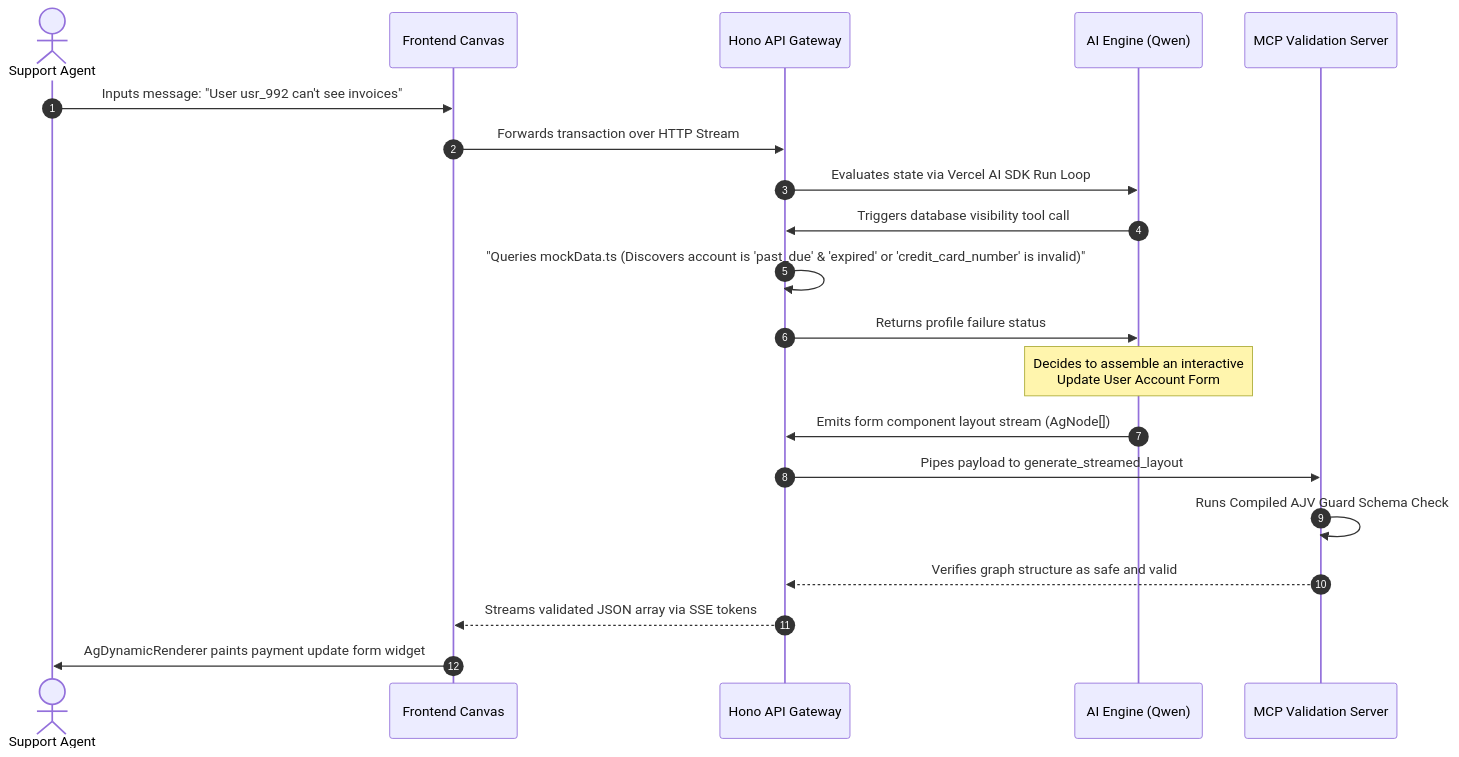
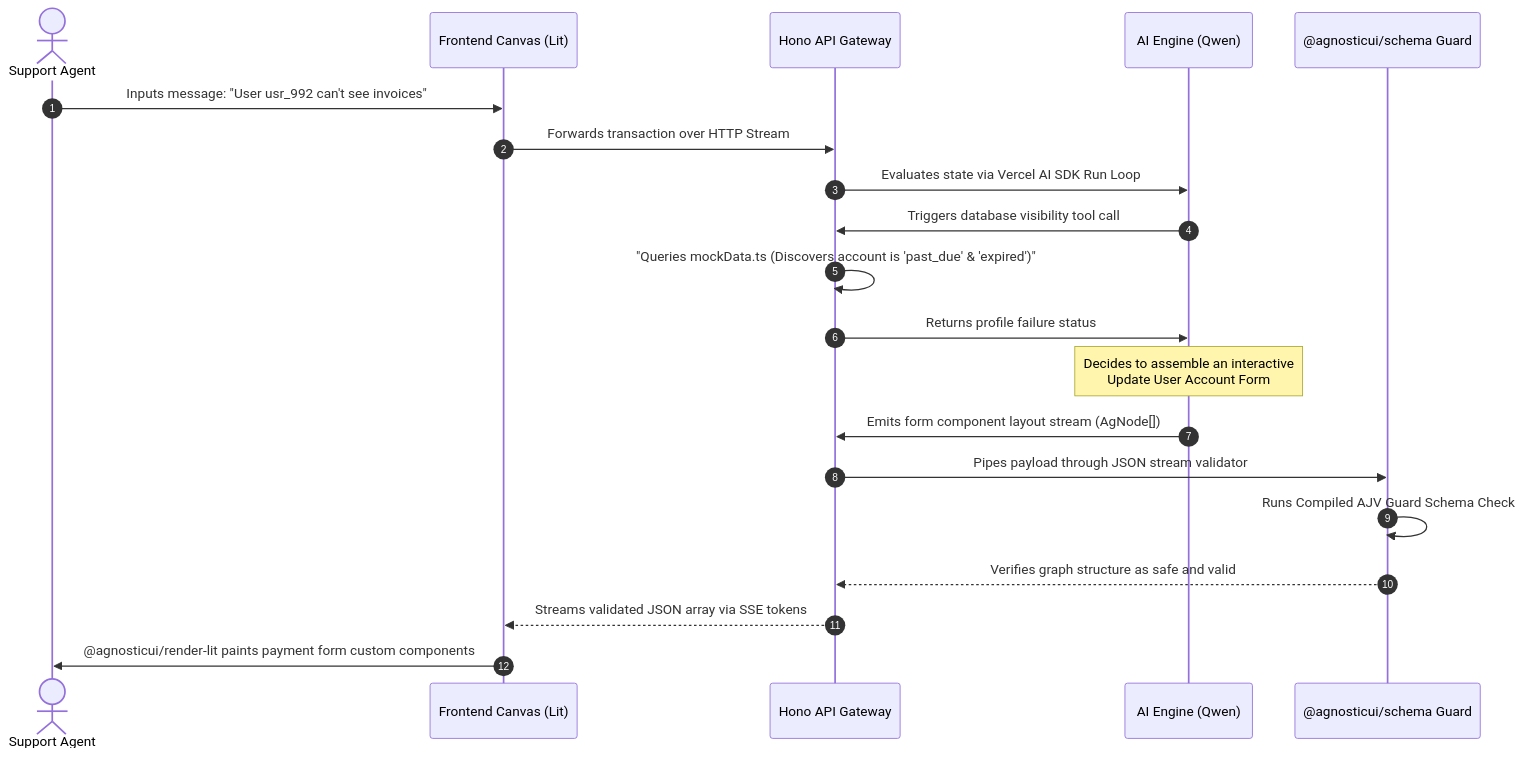
The second of 3 diagrams in v2/sdui/demo-support-center/docs/e2e-support-agent-prd.md (AgnosticUI/agnosticui), drawn with Mermaid before and after one commit. The commit also changed other lines of this file and 14 other files, not shown here.

First line of the commit message:
chore(sdui-demo): dogfood core packages via tarballs and flatten schemas

````diff
--- a/v2/sdui/demo-support-center/docs/e2e-support-agent-prd.md
+++ b/v2/sdui/demo-support-center/docs/e2e-support-agent-prd.md
@@ -77,24 +76,24 @@
 ```mermaid
 sequenceDiagram
     autonumber
     actor Agent as Support Agent
-    participant FE as Frontend Canvas
+    participant FE as Frontend Canvas (Lit)
     participant GW as Hono API Gateway
     participant LLM as AI Engine (Qwen)
-    participant MCP as MCP Validation Server
+    participant MCP as @agnosticui/schema Guard
 
     Agent->>FE: Inputs message: "User usr_992 can't see invoices"
     FE->>GW: Forwards transaction over HTTP Stream
     GW->>LLM: Evaluates state via Vercel AI SDK Run Loop
     LLM->>GW: Triggers database visibility tool call
-    GW->>GW: "Queries mockData.ts (Discovers account is 'past_due' & 'expired' or 'credit_card_number' is invalid)"
+    GW->>GW: "Queries mockData.ts (Discovers account is 'past_due' & 'expired')"
     GW->>LLM: Returns profile failure status
     Note over LLM: Decides to assemble an interactive<br/>Update User Account Form
     LLM->>GW: Emits form component layout stream (AgNode[])
-    GW->>MCP: Pipes payload to generate_streamed_layout
+    GW->>MCP: Pipes payload through JSON stream validator
     MCP->>MCP: Runs Compiled AJV Guard Schema Check
     MCP-->>GW: Verifies graph structure as safe and valid
     GW-->>FE: Streams validated JSON array via SSE tokens
-    FE->>Agent: AgDynamicRenderer paints payment update form widget
+    FE->>Agent: @agnosticui/render-lit paints payment form custom components
 
 ```
````
